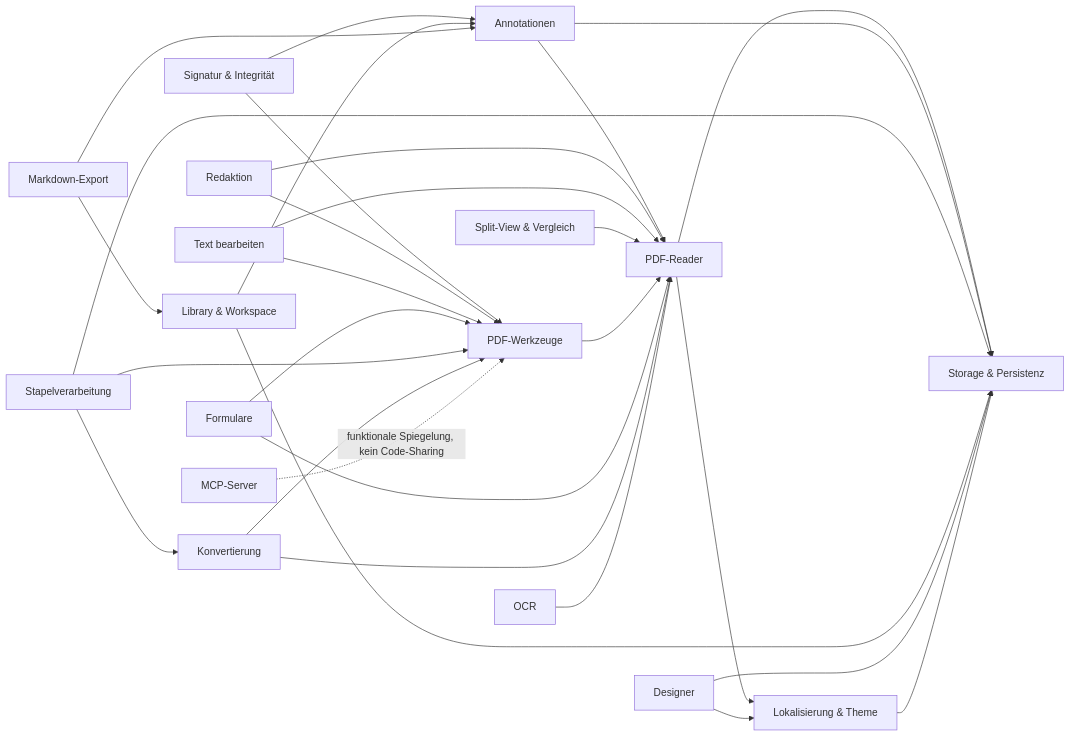
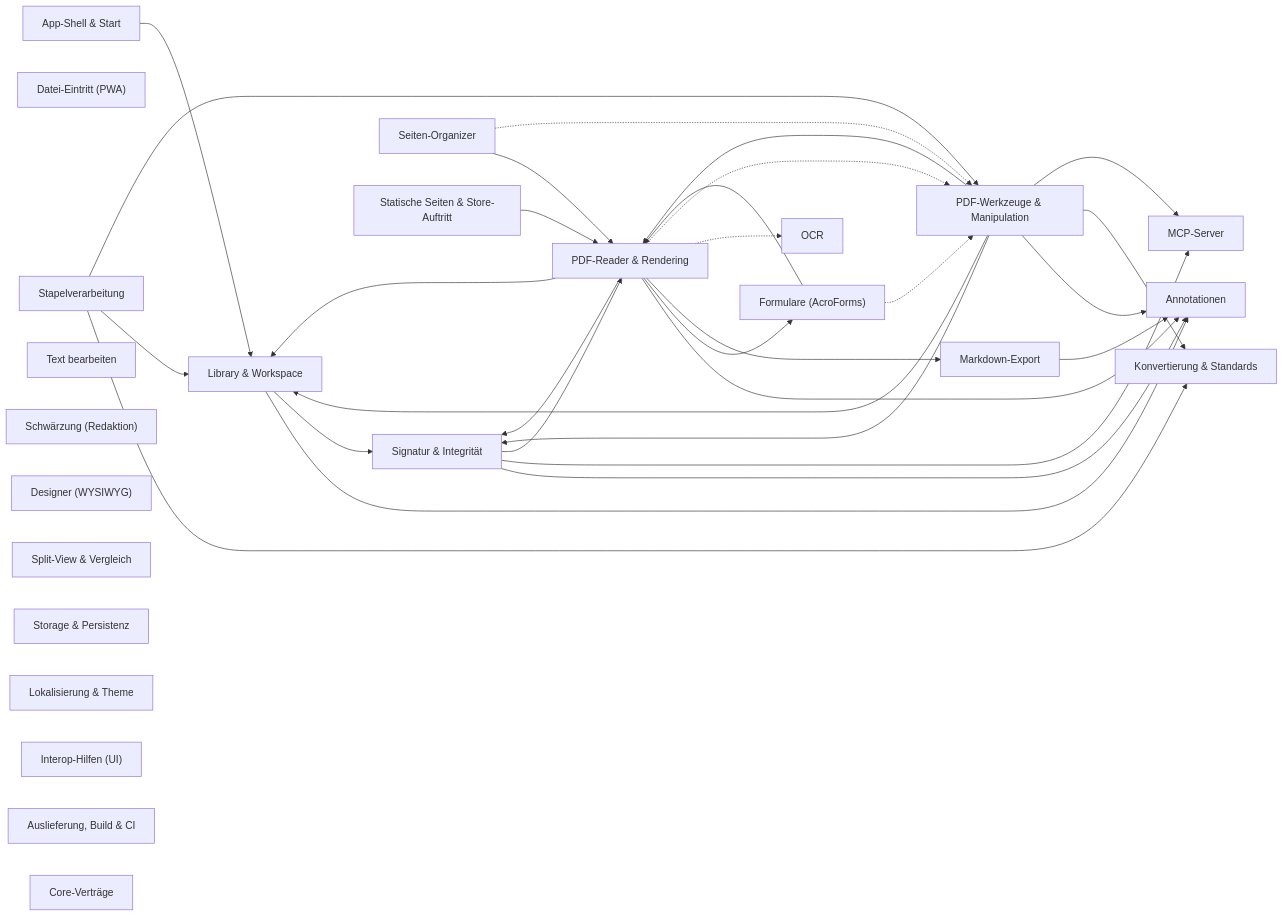
Before and after one commit to LupusMalusDeviant/Pagebound: the diagram in docs/blueprints/INDEX.md, drawn with Mermaid. The commit also changed other lines of this file and 26 other files, not shown here.

````diff
--- a/docs/blueprints/INDEX.md
+++ b/docs/blueprints/INDEX.md
@@ -36,49 +140,55 @@
 ```mermaid
 graph LR
-    Reader[PDF-Reader]
-    Anno[Annotationen]
-    Sig[Signatur & Integrität]
-    Redakt[Redaktion]
-    Edit[Text bearbeiten]
-    Split[Split-View & Vergleich]
-    Tools[PDF-Werkzeuge]
-    Forms[Formulare]
-    Batch[Stapelverarbeitung]
-    Konv[Konvertierung]
-    OCR[OCR]
-    Lib[Library & Workspace]
-    MD[Markdown-Export]
-    Designer[Designer]
-    Storage[Storage & Persistenz]
-    L10n[Lokalisierung & Theme]
-    MCP[MCP-Server]
-
-    Reader --> Storage
-    Reader --> L10n
-    Anno --> Reader
-    Anno --> Storage
-    Sig --> Anno
-    Sig --> Tools
-    Redakt --> Reader
-    Redakt --> Tools
-    Edit --> Reader
-    Edit --> Tools
-    Split --> Reader
-    Tools --> Reader
-    Forms --> Tools
-    Forms --> Reader
-    Batch --> Tools
-    Batch --> Konv
-    Batch --> Storage
-    Konv --> Reader
-    Konv --> Tools
-    OCR --> Reader
-    Lib --> Storage
-    Lib --> Anno
-    MD --> Anno
-    MD --> Lib
-    Designer --> Storage
-    Designer --> L10n
-    L10n --> Storage
-    MCP -.funktionale Spiegelung, kein Code-Sharing.-> Tools
+    app_shell["App-Shell & Start"]
+    datei_eintritt["Datei-Eintritt (PWA)"]
+    pdf_reader["PDF-Reader & Rendering"]
+    annotationen["Annotationen"]
+    signatur_integritaet["Signatur & Integrität"]
+    pdf_werkzeuge["PDF-Werkzeuge & Manipulation"]
+    seiten_organizer["Seiten-Organizer"]
+    formulare["Formulare (AcroForms)"]
+    batch["Stapelverarbeitung"]
+    konvertierung["Konvertierung & Standards"]
+    ocr["OCR"]
+    text_bearbeiten["Text bearbeiten"]
+    redaktion["Schwärzung (Redaktion)"]
+    library_workspace["Library & Workspace"]
+    markdown_export["Markdown-Export"]
+    designer["Designer (WYSIWYG)"]
+    split_view_vergleich["Split-View & Vergleich"]
+    storage_persistenz["Storage & Persistenz"]
+    lokalisierung_theme["Lokalisierung & Theme"]
+    interop_hilfen["Interop-Hilfen (UI)"]
+    store_auftritt["Statische Seiten & Store-Auftritt"]
+    auslieferung_ci["Auslieferung, Build & CI"]
+    mcp_server["MCP-Server"]
+    core_vertraege["Core-Verträge"]
+    app_shell --> library_workspace
+    batch --> konvertierung
+    batch --> library_workspace
+    batch --> pdf_werkzeuge
+    formulare --> pdf_reader
+    formulare -.-> pdf_werkzeuge
+    library_workspace --> annotationen
+    library_workspace --> signatur_integritaet
+    markdown_export --> annotationen
+    pdf_reader --> annotationen
+    pdf_reader --> formulare
+    pdf_reader --> library_workspace
+    pdf_reader --> markdown_export
+    pdf_reader -.-> ocr
+    pdf_reader -.-> pdf_werkzeuge
+    pdf_reader --> signatur_integritaet
+    pdf_werkzeuge --> annotationen
+    pdf_werkzeuge --> konvertierung
+    pdf_werkzeuge --> library_workspace
+    pdf_werkzeuge --> mcp_server
+    pdf_werkzeuge --> pdf_reader
+    pdf_werkzeuge --> signatur_integritaet
+    seiten_organizer --> pdf_reader
+    seiten_organizer -.-> pdf_werkzeuge
+    signatur_integritaet --> annotationen
+    signatur_integritaet --> mcp_server
+    signatur_integritaet --> pdf_reader
+    store_auftritt --> pdf_reader
 ```
````
